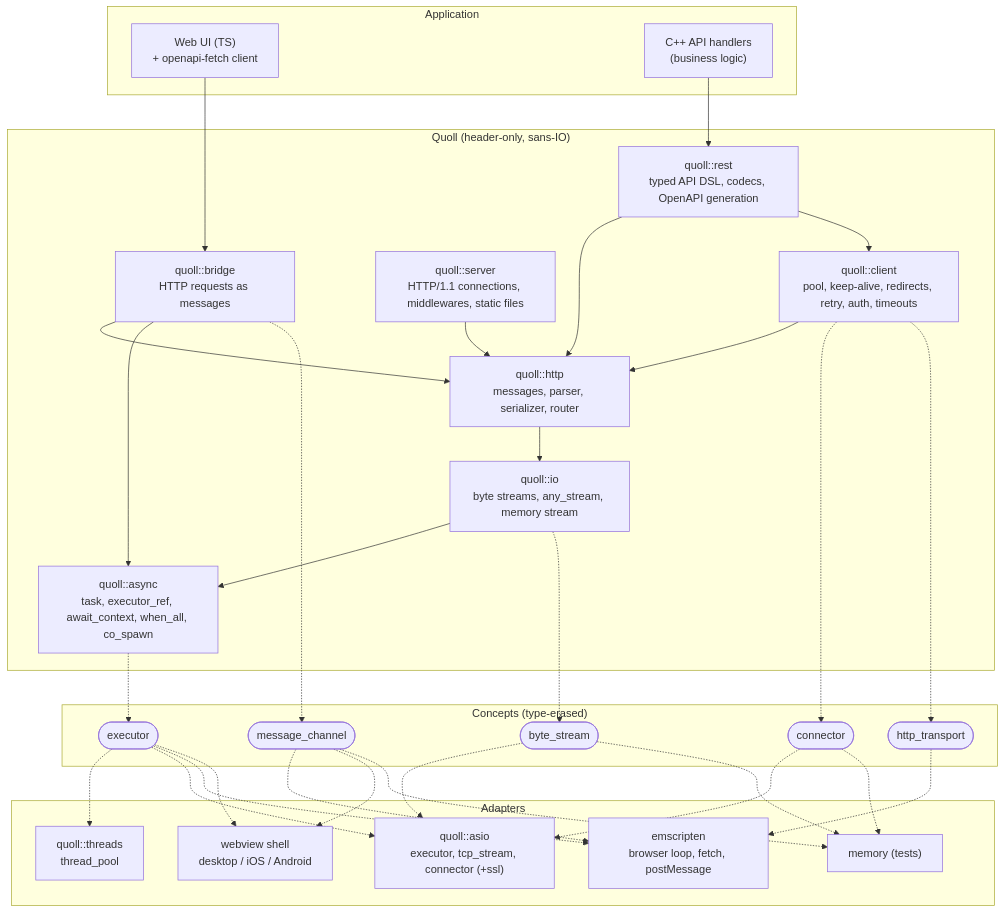
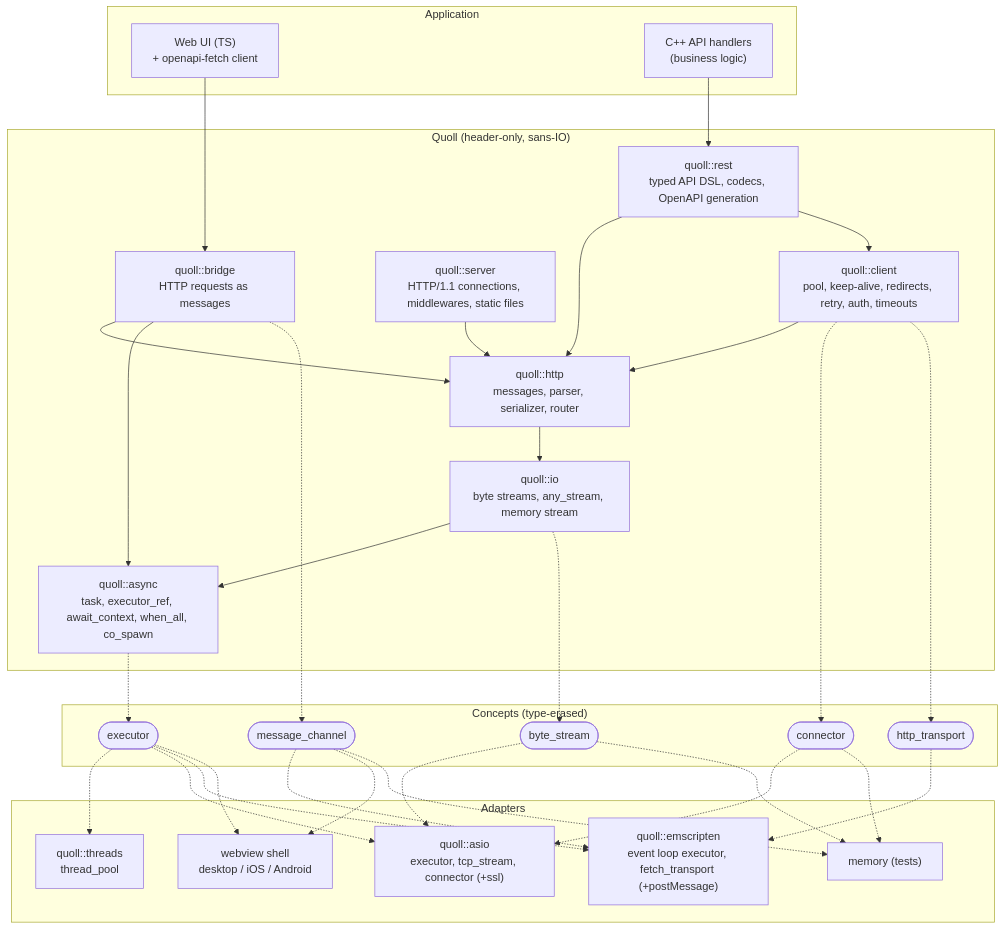
Before and after one commit to 4thlabs/quoll: the first of 9 diagrams in docs/PLAN.md, drawn with Mermaid. The commit also changed 14 other files, not shown here.

First line of the commit message:
emscripten: event loop executor and fetch transport (prototype criterion 4)

````diff
--- a/docs/PLAN.md
+++ b/docs/PLAN.md
@@ -47,56 +47,56 @@
 ```mermaid
 flowchart TB
   subgraph app["Application"]
     ui["Web UI (TS)<br/>+ openapi-fetch client"]
     handlers["C++ API handlers<br/>(business logic)"]
   end
 
   subgraph quoll["Quoll (header-only, sans-IO)"]
     rest["quoll::rest<br/>typed API DSL, codecs, OpenAPI generation"]
     bridge["quoll::bridge<br/>HTTP requests as messages"]
     server["quoll::server<br/>HTTP/1.1 connections, middlewares, static files"]
     client["quoll::client<br/>pool, keep-alive, redirects, retry, auth, timeouts"]
     http["quoll::http<br/>messages, parser, serializer, router"]
     io["quoll::io<br/>byte streams, any_stream, memory stream"]
     async["quoll::async<br/>task, executor_ref, await_context, when_all, co_spawn"]
   end
 
   subgraph concepts["Concepts (type-erased)"]
     executor(["executor"])
     stream(["byte_stream"])
     connector(["connector"])
     transport(["http_transport"])
     channel(["message_channel"])
   end
 
   subgraph adapters["Adapters"]
     pool["quoll::threads<br/>thread_pool"]
     asio["quoll::asio<br/>executor, tcp_stream, connector (+ssl)"]
-    emscripten["emscripten<br/>browser loop, fetch, postMessage"]
+    emscripten["quoll::emscripten<br/>event loop executor, fetch_transport (+postMessage)"]
     shell["webview shell<br/>desktop / iOS / Android"]
     memory["memory (tests)"]
   end
 
   ui --> bridge
   handlers --> rest
   rest --> http
   rest --> client
   bridge --> http
   server --> http
   client --> http
   http --> io
   io --> async
   bridge --> async
 
   io -.-> stream
   client -.-> connector
   client -.-> transport
   bridge -.-> channel
   async -.-> executor
 
   executor -.-> pool & asio & emscripten & shell
   stream -.-> asio & memory
   connector -.-> asio & memory
   transport -.-> emscripten
   channel -.-> emscripten & shell & memory
 ```
````
